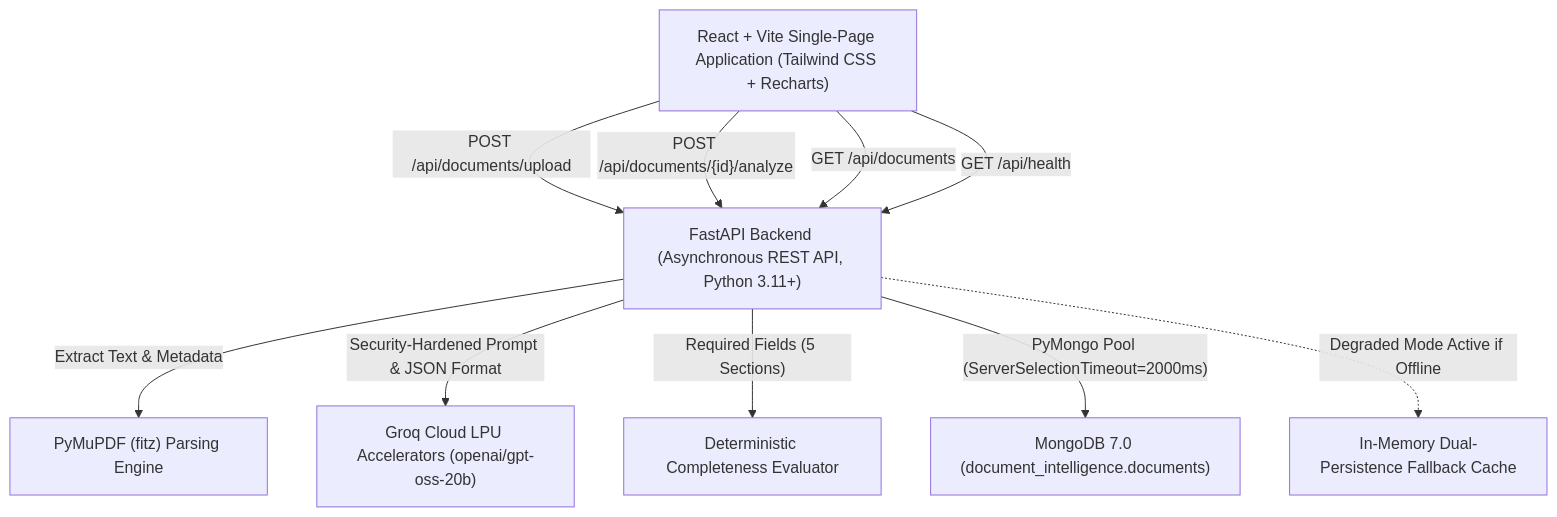
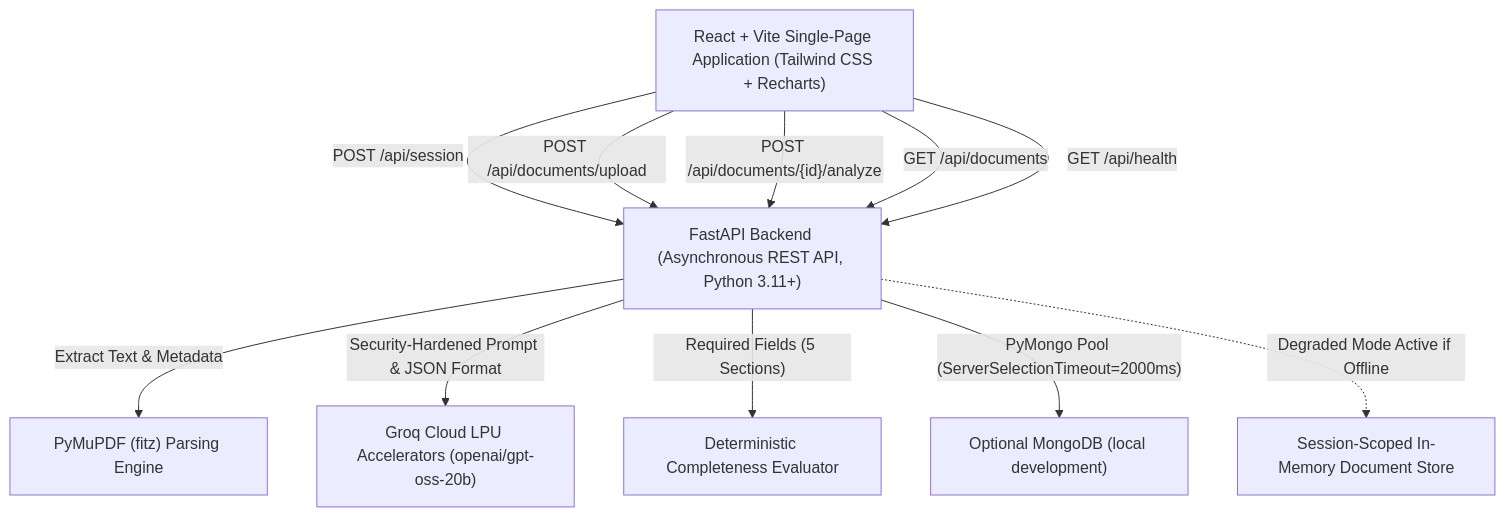
One commit to jairagul28/DocuMind-AI changed the diagram in TECHNICAL_EXPLANATION.md. Above: the diagram before and after it, drawn with Mermaid. The commit also changed other lines of this file and 15 other files, not shown here.

Commit message:
Implement private document session isolation

````diff
--- a/TECHNICAL_EXPLANATION.md
+++ b/TECHNICAL_EXPLANATION.md
@@ -13,21 +13,22 @@
 ```mermaid
 flowchart TD
     Client["React + Vite Single-Page Application (Tailwind CSS + Recharts)"]
     API["FastAPI Backend (Asynchronous REST API, Python 3.11+)"]
     PyMuPDF["PyMuPDF (fitz) Parsing Engine"]
     Groq["Groq Cloud LPU Accelerators (openai/gpt-oss-20b)"]
     Scoring["Deterministic Completeness Evaluator"]
-    Mongo["MongoDB 7.0 (document_intelligence.documents)"]
-    Fallback["In-Memory Dual-Persistence Fallback Cache"]
+    Mongo["Optional MongoDB (local development)"]
+    Fallback["Session-Scoped In-Memory Document Store"]
 
+    Client -->|"POST /api/session"| API
     Client -->|"POST /api/documents/upload"| API
     Client -->|"POST /api/documents/{id}/analyze"| API
     Client -->|"GET /api/documents"| API
     Client -->|"GET /api/health"| API
 
     API -->|"Extract Text & Metadata"| PyMuPDF
     API -->|"Security-Hardened Prompt & JSON Format"| Groq
     API -->|"Required Fields (5 Sections)"| Scoring
     API -->|"PyMongo Pool (ServerSelectionTimeout=2000ms)"| Mongo
     API -.->|"Degraded Mode Active if Offline"| Fallback
 ```
````
